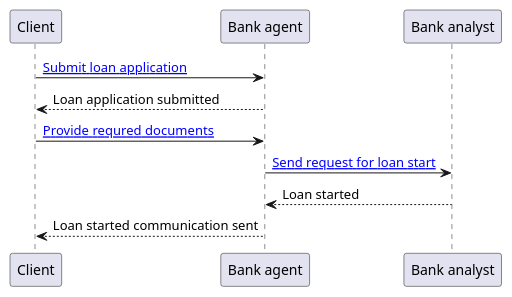
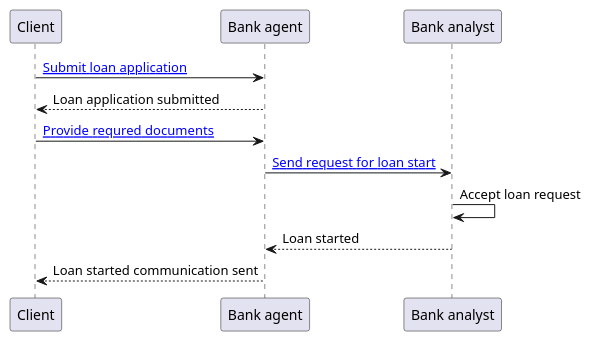
Before and after one commit to PawelJaworski/ddd-loan-application: the diagram in model/activity diagram.puml, drawn with PlantUML. The commit also changed 1 other file, not shown here.

```diff
--- a/model/activity diagram.puml
+++ b/model/activity diagram.puml
@@ -1,8 +1,9 @@
 @startuml
 Client -> "Bank agent" : [[https://github.com/PawelJaworski/ddd-loan-application/blob/master/src/main/java/pl/javorek/ddd/service/applicationforloan/application/cmd/ApplicationForALoanCmdFacade.java#L24 Submit loan application]]
 "Bank agent" --> "Client" : Loan application submitted
 Client -> "Bank agent" : [[https://github.com/PawelJaworski/ddd-loan-application/blob/master/src/main/java/pl/javorek/ddd/service/applicationforloan/application/cmd/ApplicationForALoanCmdFacade.java#L38 Provide requred documents]]
 "Bank agent" -> "Bank analyst" : [[https://github.com/PawelJaworski/ddd-loan-application/blob/master/src/main/java/pl/javorek/ddd/service/applicationforloan/application/cmd/ApplicationForALoanCmdFacade.java#L38 Send request for loan start]]
+"Bank analyst" -> "Bank analyst" : Accept loan request
 "Bank analyst" --> "Bank agent" : Loan started
 "Bank agent" --> "Client" : Loan started communication sent
 @enduml
```
